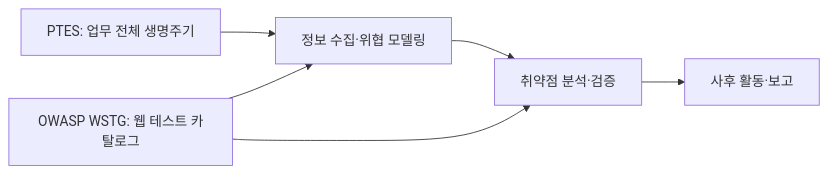
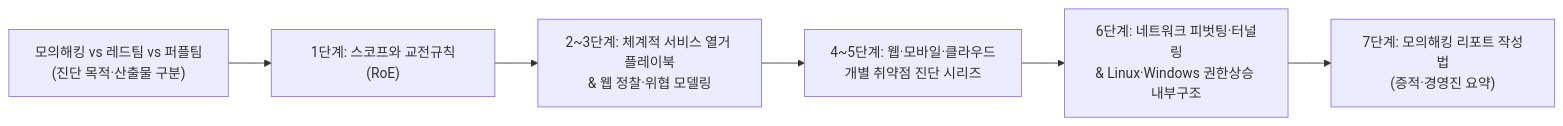
The second of 2 diagrams in content/모의해킹 기초/모의해킹 방법론 총정리 — PTES 7단계와 OWASP WSTG로 보는 진단 전체 지도.md (gooyong-sec/gooyong-sec.github.io), drawn with Mermaid before and after one commit. The commit also changed other lines of this file and 68 other files, not shown here.

````diff
--- a/content/모의해킹 기초/모의해킹 방법론 총정리 — PTES 7단계와 OWASP WSTG로 보는 진단 전체 지도.md
+++ b/content/모의해킹 기초/모의해킹 방법론 총정리 — PTES 7단계와 OWASP WSTG로 보는 진단 전체 지도.md
@@ -23,8 +147,8 @@
 ```mermaid
 flowchart LR
-    A["PTES: 업무 전체 생명주기"] --> B["정보 수집·위협 모델링"]
-    B --> C["취약점 분석·검증"]
-    C --> D["사후 활동·보고"]
-    W["OWASP WSTG: 웹 테스트 카탈로그"] --> B
-    W --> C
+    M0["모의해킹 vs 레드팀 vs 퍼플팀<br/>(진단 목적·산출물 구분)"] --> M1["1단계: 스코프와 교전규칙(RoE)"]
+    M1 --> M2["2~3단계: 체계적 서비스 열거 플레이북<br/>& 웹 정찰·위협 모델링"]
+    M2 --> M3["4~5단계: 웹·모바일·클라우드<br/>개별 취약점 진단 시리즈"]
+    M3 --> M4["6단계: 네트워크 피벗팅·터널링<br/>& Linux·Windows 권한상승 내부구조"]
+    M4 --> M5["7단계: 모의해킹 리포트 작성법<br/>(증적·경영진 요약)"]
 ```
````
